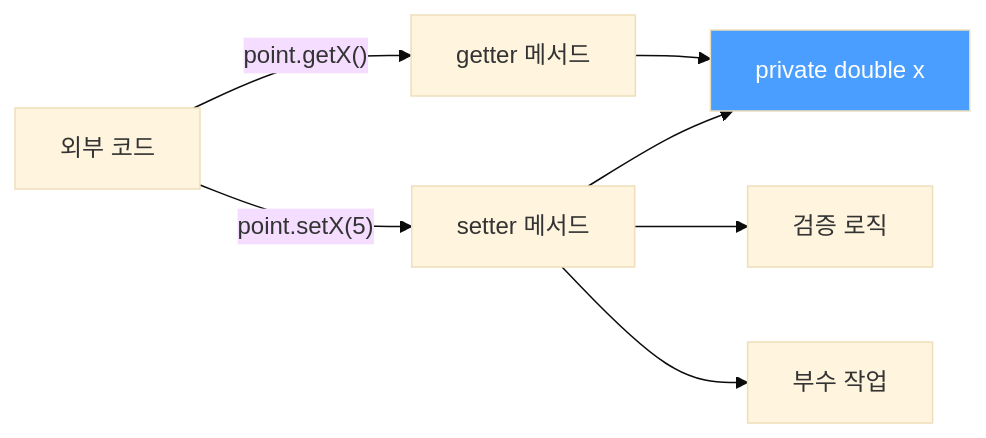
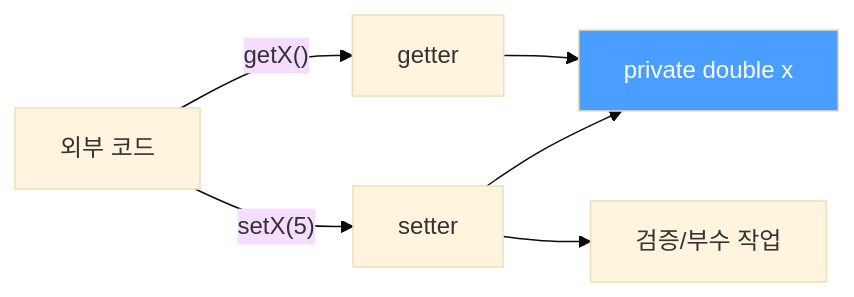
One commit to yjkim2015/yjkim2015.github.io changed the first of 2 diagrams in _posts/java/2022-01-03-effective-java16.md. Above: the diagram before and after it, drawn with Mermaid (base theme). The commit also changed other lines of this file and 245 other files, not shown here.

First line of the commit message:
Mermaid 다이어그램 전면 수정 + 면접 포인트 접기/펼치기 + DB 데드락 페이지

````diff
--- a/_posts/java/2022-01-03-effective-java16.md
+++ b/_posts/java/2022-01-03-effective-java16.md
@@ -82,10 +82,9 @@
 ```mermaid
 graph LR
-    A["외부 코드"] -->|"point.getX()"| B["getter 메서드"]
-    A -->|"point.setX(5)"| C["setter 메서드"]
+    A["외부 코드"] -->|"getX()"| B["getter"]
+    A -->|"setX(5)"| C["setter"]
     B --> D["private double x"]
     C --> D
-    C --> E["검증 로직"]
-    C --> F["부수 작업"]
+    C --> E["검증/부수 작업"]
     style D fill:#4a9eff,color:#fff
 ```
````
